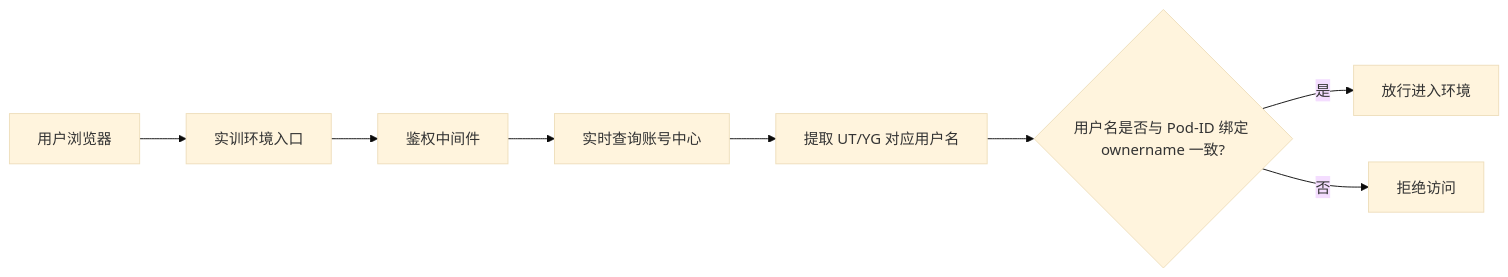
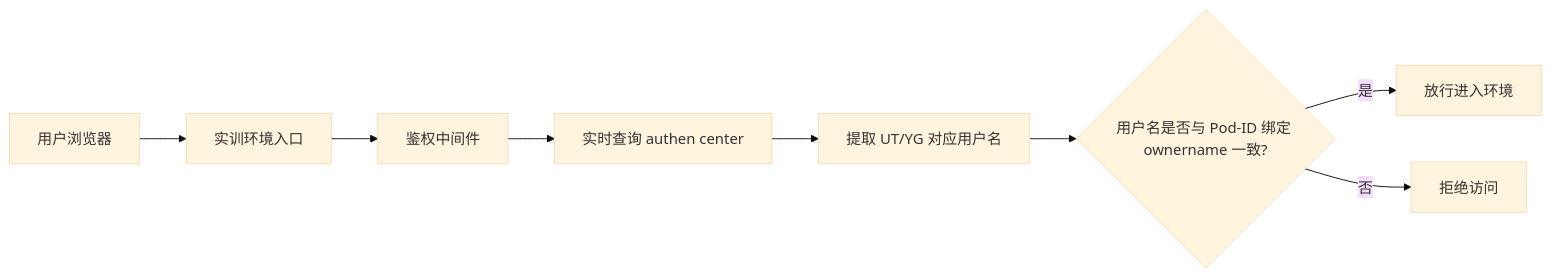
Before and after one commit to GeorgeCao-hw/backlog-test: the first of 3 diagrams in opensourceways/backlog/issue_docs/151/Architecture Desgin/#151 Architecture Design Specification.md, drawn with Mermaid (base theme). The commit also changed other lines of this file and 1 other file, not shown here.

````diff
--- a/opensourceways/backlog/issue_docs/151/Architecture Desgin/#151 Architecture Design Specification.md
+++ b/opensourceways/backlog/issue_docs/151/Architecture Desgin/#151 Architecture Design Specification.md
@@ -25,10 +25,10 @@
 ```mermaid
 flowchart LR
     U[用户浏览器] --> G[实训环境入口]
     G --> A[鉴权中间件]
-    A --> S[实时查询账号中心]
+    A --> S[实时查询 authen center]
     S --> N[提取 UT/YG 对应用户名]
     N --> R{用户名是否与 Pod-ID 绑定 ownername 一致?}
     R -- 是 --> P[放行进入环境]
     R -- 否 --> F[拒绝访问]
 ```
````
